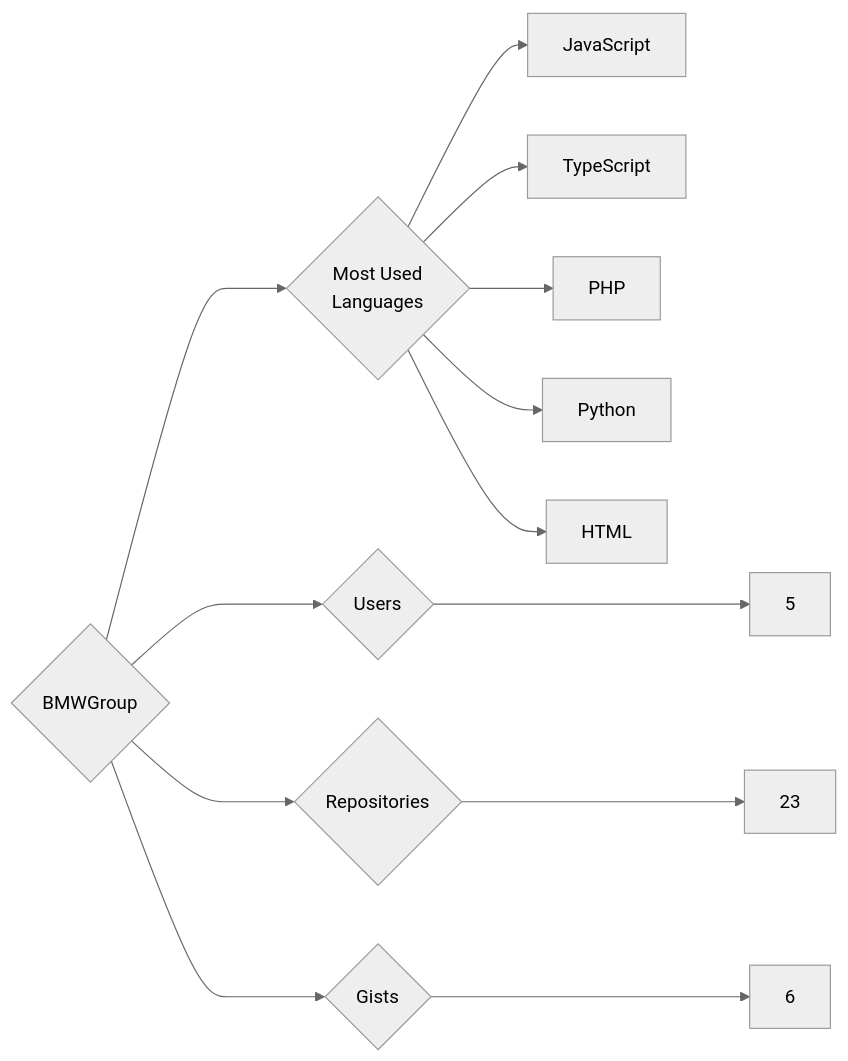
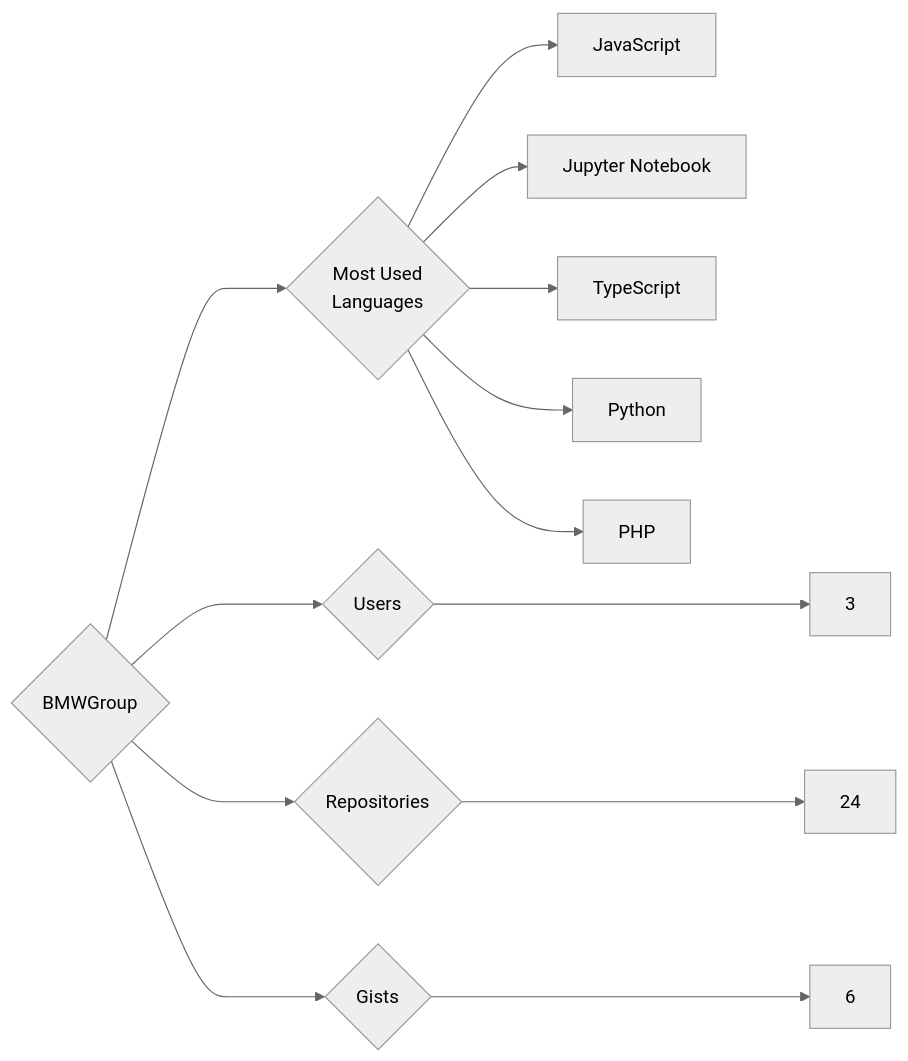
Before and after one commit to trickest/insiders: the diagram in targets/BMWGroup/README.md, drawn with Mermaid (neutral theme). The commit also changed 1089 other files, not shown here.

````diff
--- a/targets/BMWGroup/README.md
+++ b/targets/BMWGroup/README.md
@@ -3,13 +3,13 @@
 ```mermaid
 graph LR
 COMPANY_NAME{BMWGroup}
-COMPANY_NAME ---> U{Users} ---> UN[5]
-COMPANY_NAME ---> R{Repositories} ---> RN[23]
+COMPANY_NAME ---> U{Users} ---> UN[3]
+COMPANY_NAME ---> R{Repositories} ---> RN[24]
 COMPANY_NAME ---> G{Gists} ---> GN[6]
 COMPANY_NAME ---> ML{Most Used<br>Languages}
 ML --> JavaScript[JavaScript]
+ML --> Jupyter_Notebook[Jupyter Notebook]
 ML --> TypeScript[TypeScript]
+ML --> Python[Python]
 ML --> PHP[PHP]
-ML --> Python[Python]
-ML --> HTML[HTML]
 ```
````
